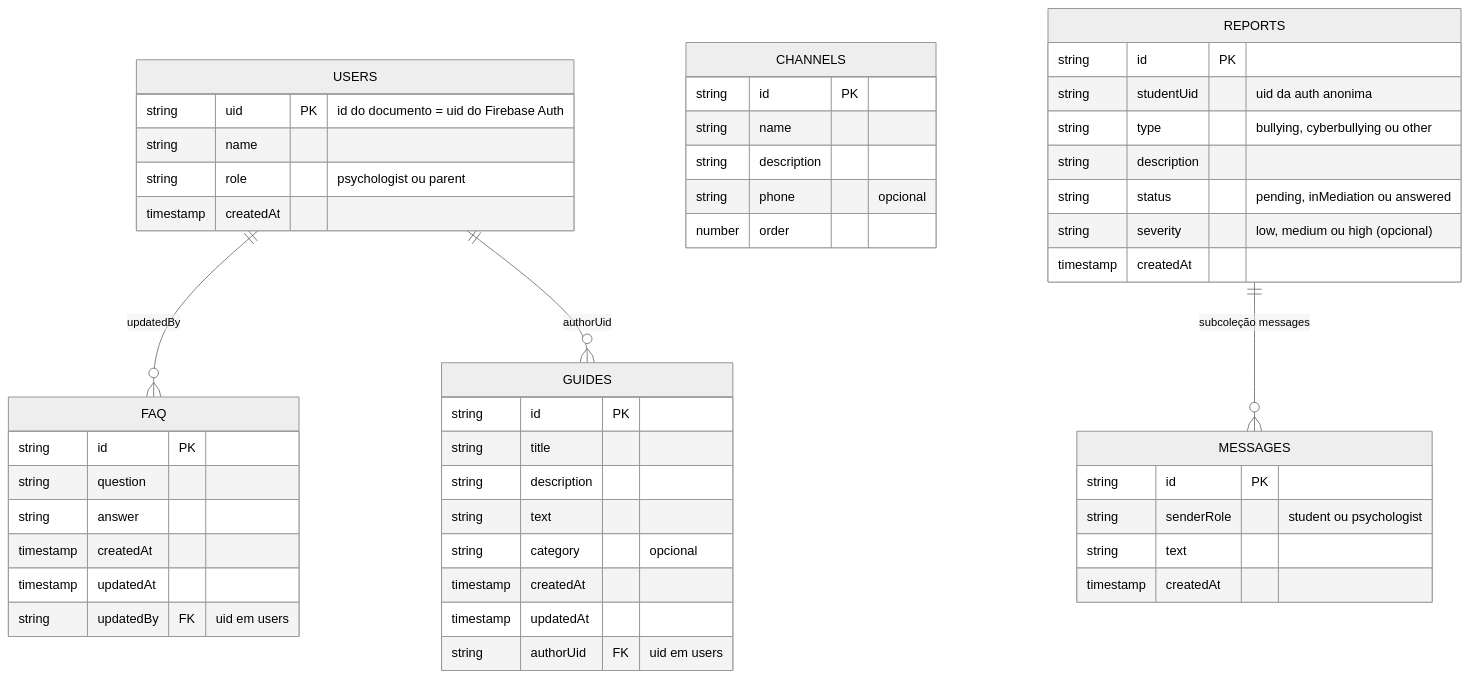
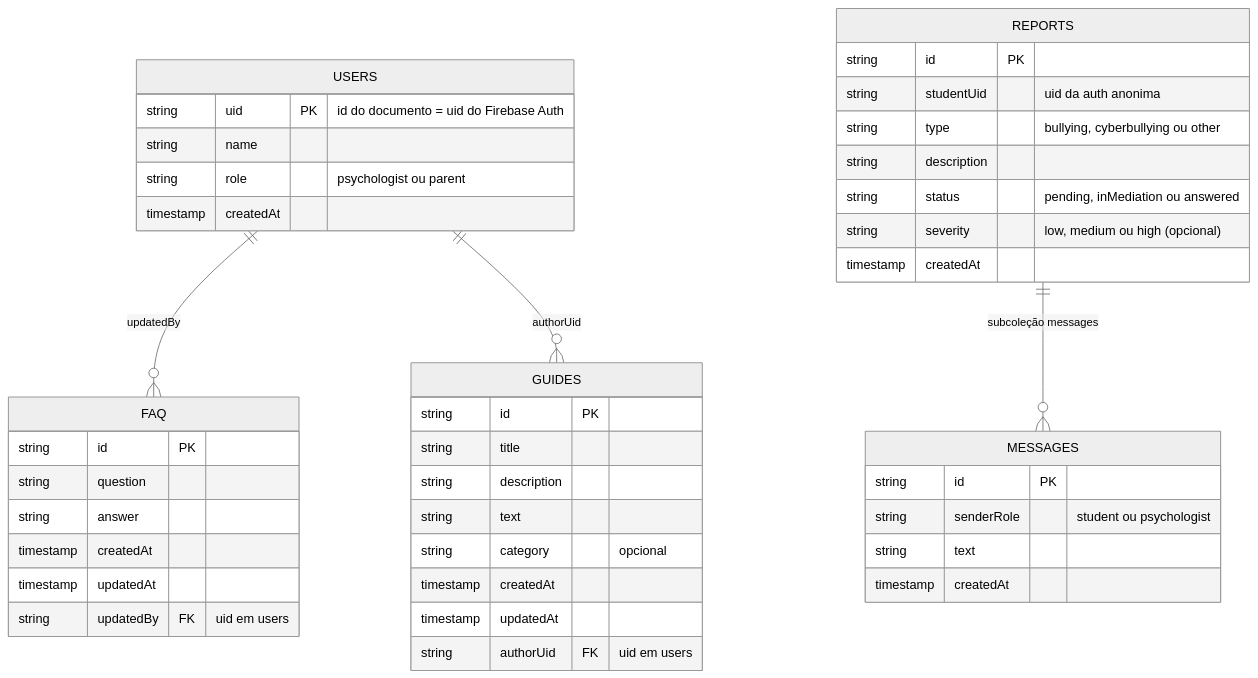
The diagram in docs/modelagem/03-modelagem-firestore.md (maarcos4g/mente-leve), drawn with Mermaid (neutral theme) before and after one commit. The commit also changed other lines of this file and 11 other files, not shown here.

````diff
--- a/docs/modelagem/03-modelagem-firestore.md
+++ b/docs/modelagem/03-modelagem-firestore.md
@@ -9,52 +9,45 @@
 ```mermaid
 erDiagram
   USERS {
     string uid PK "id do documento = uid do Firebase Auth"
     string name
     string role "psychologist ou parent"
     timestamp createdAt
   }
   FAQ {
     string id PK
     string question
     string answer
     timestamp createdAt
     timestamp updatedAt
     string updatedBy FK "uid em users"
   }
   GUIDES {
     string id PK
     string title
     string description
     string text
     string category "opcional"
     timestamp createdAt
     timestamp updatedAt
     string authorUid FK "uid em users"
   }
-  CHANNELS {
-    string id PK
-    string name
-    string description
-    string phone "opcional"
-    number order
-  }
   REPORTS {
     string id PK
     string studentUid "uid da auth anonima"
     string type "bullying, cyberbullying ou other"
     string description
     string status "pending, inMediation ou answered"
     string severity "low, medium ou high (opcional)"
     timestamp createdAt
   }
   MESSAGES {
     string id PK
     string senderRole "student ou psychologist"
     string text
     timestamp createdAt
   }
   USERS ||--o{ FAQ : "updatedBy"
   USERS ||--o{ GUIDES : "authorUid"
   REPORTS ||--o{ MESSAGES : "subcoleção messages"
 ```
````
